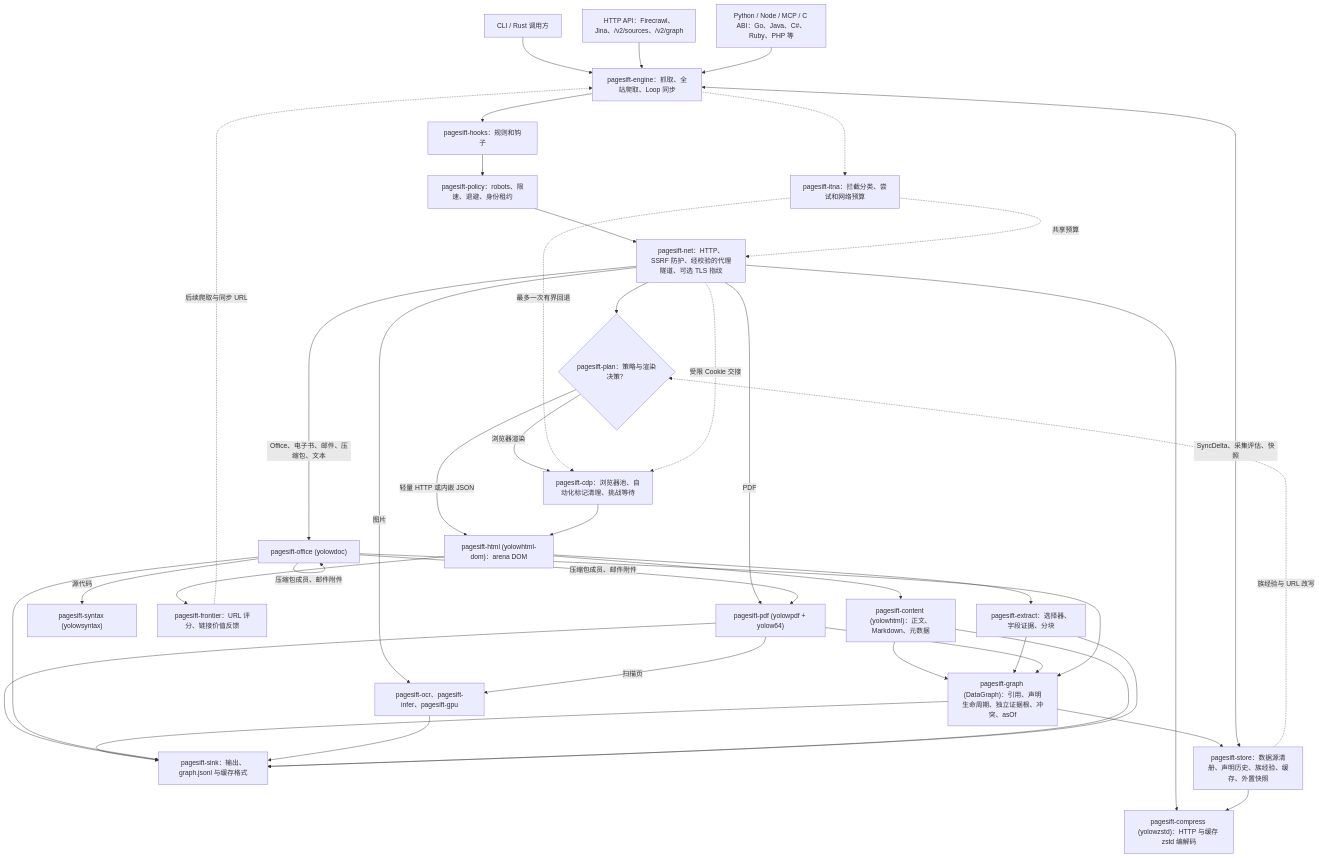
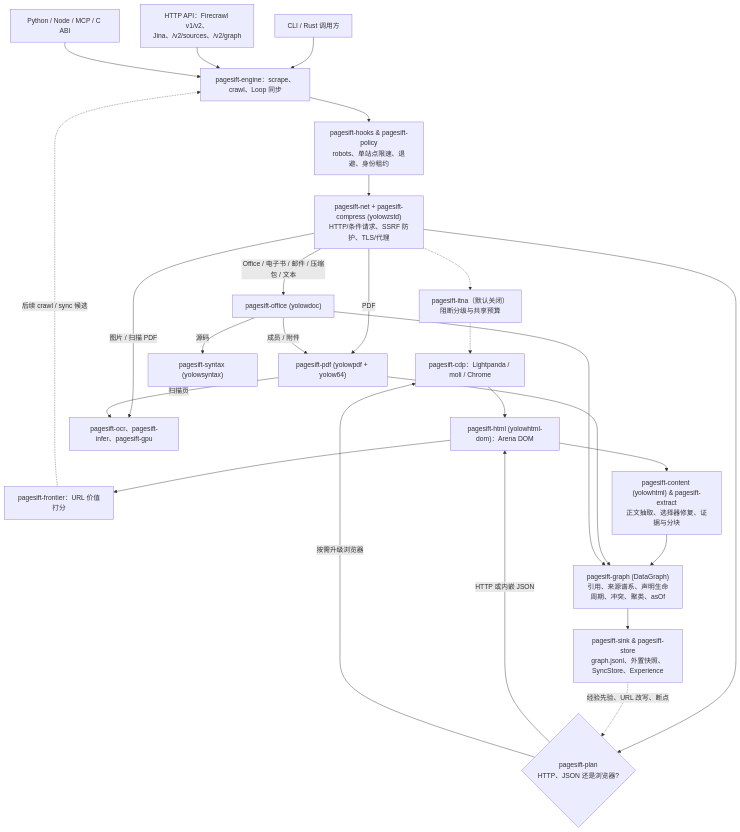
The first of 4 diagrams in docs/README.zh-CN.md (YOLOW92/pagesift), drawn with Mermaid before and after one commit. The commit also changed other lines of this file and 77 other files, not shown here.

````diff
--- a/docs/README.zh-CN.md
+++ b/docs/README.zh-CN.md
@@ -236,43 +137,34 @@
 ```mermaid
 flowchart TD
-    CLI["CLI / Rust 调用方"] --> Engine["pagesift-engine：抓取、全站爬取、Loop 同步"]
-    HTTP["HTTP API：Firecrawl、Jina、/v2/sources、/v2/graph"] --> Engine
-    Bindings["Python / Node / MCP / C ABI：Go、Java、C#、Ruby、PHP 等"] --> Engine
-    Engine --> Hooks["pagesift-hooks：规则和钩子"]
-    Hooks --> Policy["pagesift-policy：robots、限速、退避、身份租约"]
-    Policy --> Net["pagesift-net：HTTP、SSRF 防护、经校验的代理隧道、可选 TLS 指纹"]
-    Net --> Plan{"pagesift-plan：策略与渲染决策？"}
-    Plan -->|轻量 HTTP 或内嵌 JSON| DOM["pagesift-html (yolowhtml-dom)：arena DOM"]
-    Plan -->|浏览器渲染| CDP["pagesift-cdp：浏览器池、自动化标记清理、挑战等待"]
+    CLI["CLI / Rust 调用方"] --> Engine["pagesift-engine：scrape、crawl、Loop 同步"]
+    HTTP["HTTP API：Firecrawl v1/v2、Jina、/v2/sources、/v2/graph"] --> Engine
+    Bind["Python / Node / MCP / C ABI"] --> Engine
+
+    Engine --> Policy["pagesift-hooks & pagesift-policy<br/>robots、单站点限速、退避、身份租约"]
+    Policy --> Net["pagesift-net + pagesift-compress (yolowzstd)<br/>HTTP/条件请求、SSRF 防护、TLS/代理"]
+    Net -.-> ITNA["pagesift-itna（默认关闭）<br/>阻断分级与共享预算"]
+    ITNA -.-> CDP
+
+    Net --> Plan{"pagesift-plan<br/>HTTP、JSON 还是浏览器?"}
+    Plan -->|HTTP 或内嵌 JSON| DOM["pagesift-html (yolowhtml-dom)：Arena DOM"]
+    Plan -->|按需升级浏览器| CDP["pagesift-cdp：Lightpanda / moli / Chrome"]
     CDP --> DOM
+
     Net -->|PDF| PDF["pagesift-pdf (yolowpdf + yolow64)"]
-    Net -->|Office、电子书、邮件、压缩包、文本| Office["pagesift-office (yolowdoc)"]
-    Net -->|图片| OCR["pagesift-ocr、pagesift-infer、pagesift-gpu"]
-    Office -->|压缩包成员、邮件附件| Office
-    Office -->|压缩包成员、邮件附件| PDF
-    Office -->|源代码| Syntax["pagesift-syntax (yolowsyntax)"]
+    Net -->|Office / 电子书 / 邮件 / 压缩包 / 文本| Office["pagesift-office (yolowdoc)"]
+    Net -->|图片 / 扫描 PDF| OCR["pagesift-ocr、pagesift-infer、pagesift-gpu"]
+    Office -->|成员 / 附件| PDF
+    Office -->|源码| Syntax["pagesift-syntax (yolowsyntax)"]
     PDF -->|扫描页| OCR
-    DOM --> Frontier["pagesift-frontier：URL 评分、链接价值反馈"]
-    Frontier -.->|后续爬取与同步 URL| Engine
-    DOM --> Content["pagesift-content (yolowhtml)：正文、Markdown、元数据"]
-    DOM --> Extract["pagesift-extract：选择器、字段证据、分块"]
-    Content --> Graph["pagesift-graph (DataGraph)：引用、声明生命周期、独立证据根、冲突、asOf"]
-    Extract --> Graph
+
+    DOM --> Frontier["pagesift-frontier：URL 价值打分"]
+    Frontier -.->|后续 crawl / sync 候选| Engine
+    DOM --> Content["pagesift-content (yolowhtml) & pagesift-extract<br/>正文抽取、选择器修复、证据与分块"]
+
+    Content --> Graph["pagesift-graph (DataGraph)<br/>引用、来源谱系、声明生命周期、冲突、聚类、asOf"]
     PDF --> Graph
     Office --> Graph
-    Graph --> Sink["pagesift-sink：输出、graph.jsonl 与缓存格式"]
-    PDF --> Sink
-    Office --> Sink
-    OCR --> Sink
-    Content --> Sink
-    Extract --> Sink
-    Graph --> Store["pagesift-store：数据源清册、声明历史、族经验、缓存、外置快照"]
-    Engine <-->|SyncDelta、采集评估、快照| Store
-    Store -.->|族经验与 URL 改写| Plan
-    Net --> Compress["pagesift-compress (yolowzstd)：HTTP 与缓存 zstd 编解码"]
-    Store --> Compress
-    Engine -.-> ITNA["pagesift-itna：拦截分类、尝试和网络预算"]
-    ITNA -.->|共享预算| Net
-    ITNA -.->|最多一次有界回退| CDP
-    Net -.->|受限 Cookie 交接| CDP
+
+    Graph --> Out["pagesift-sink & pagesift-store<br/>graph.jsonl、外置快照、SyncStore、Experience"]
+    Out -.->|经验先验、URL 改写、断点| Plan
 ```
````
